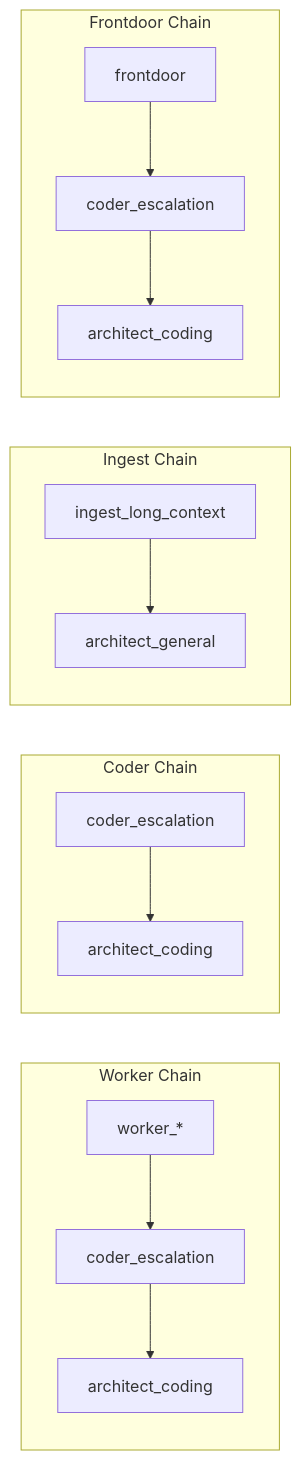
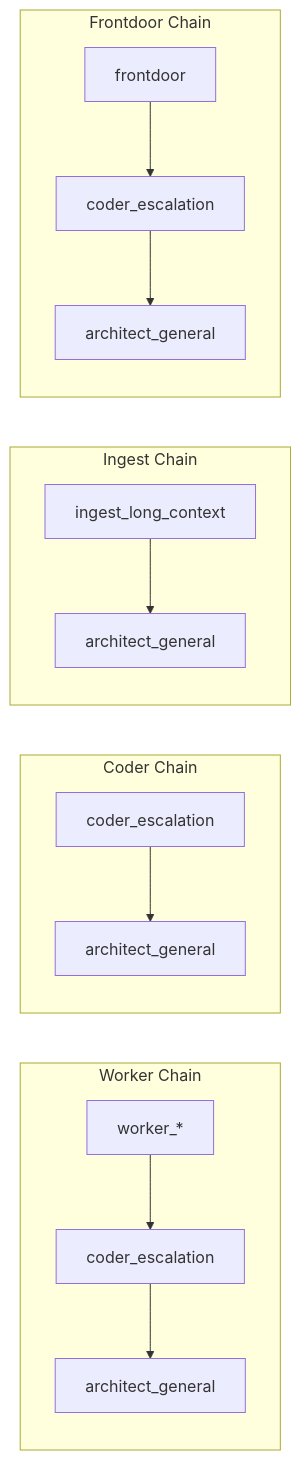
One commit to pestopoppa/epyc-orchestrator changed the second of 4 diagrams in docs/diagrams/orchestration_topology.md. Above: the diagram before and after it, drawn with Mermaid. The commit also changed other lines of this file and 1 other file, not shown here.

Commit message:
docs: refresh active escalation topology

````diff
--- a/docs/diagrams/orchestration_topology.md
+++ b/docs/diagrams/orchestration_topology.md
@@ -131,18 +129,18 @@
 ```mermaid
 flowchart LR
     subgraph Chain1["Worker Chain"]
-        W1[worker_*] --> C1[coder_escalation] --> A1[architect_coding]
+        W1[worker_*] --> C1[coder_escalation] --> A1[architect_general]
     end
 
     subgraph Chain2["Coder Chain"]
-        C2[coder_escalation] --> A2[architect_coding]
+        C2[coder_escalation] --> A2[architect_general]
     end
 
     subgraph Chain4["Ingest Chain"]
         I1[ingest_long_context] --> A3[architect_general]
     end
 
     subgraph Chain5["Frontdoor Chain"]
-        F1[frontdoor] --> C3[coder_escalation] --> A4[architect_coding]
+        F1[frontdoor] --> C3[coder_escalation] --> A4[architect_general]
     end
 ```
````
